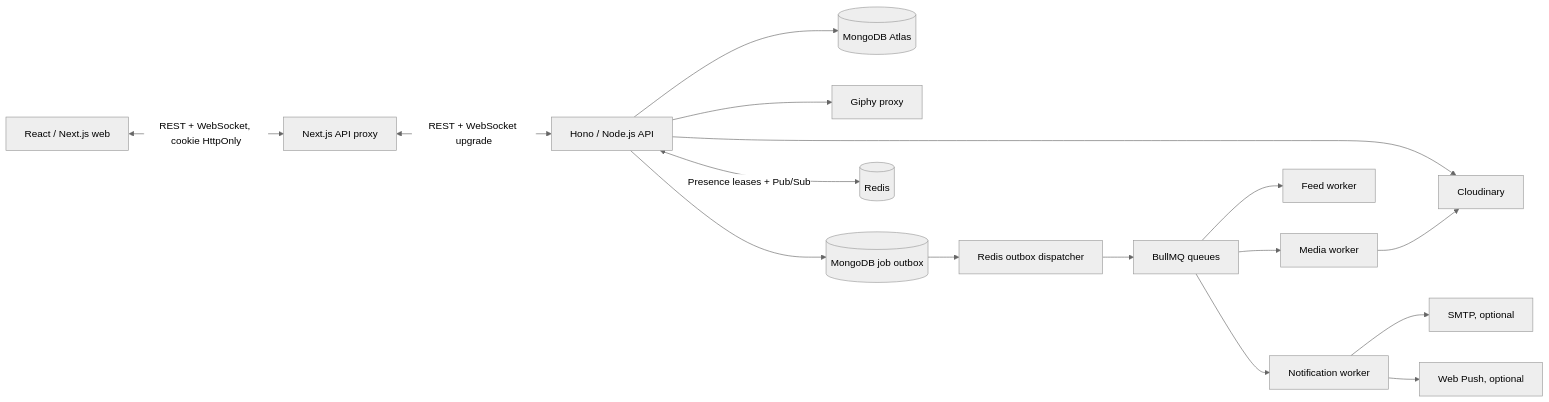
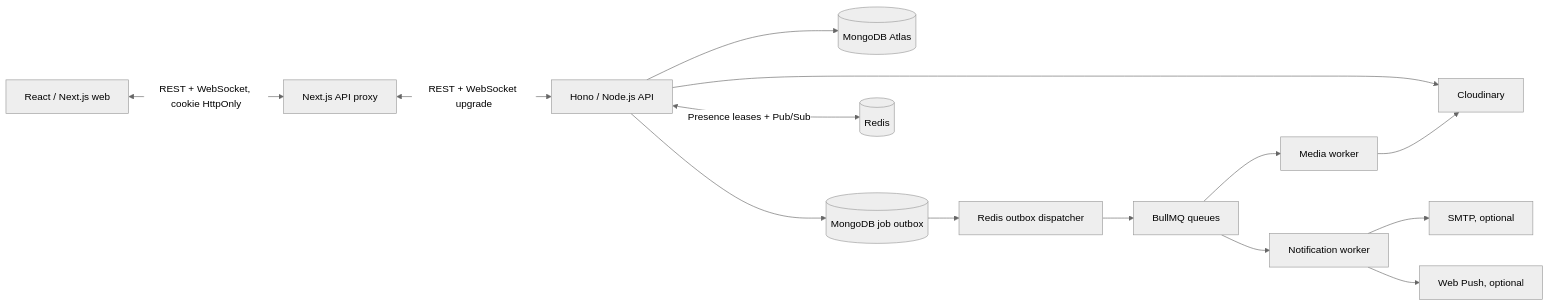
Before and after one commit to an204-ai/tellme: the diagram in ARCHITECTURE.md, drawn with Mermaid (neutral theme). The commit also changed other lines of this file and 237 other files, not shown here.

````diff
--- a/ARCHITECTURE.md
+++ b/ARCHITECTURE.md
@@ -5,18 +5,16 @@
 ```mermaid
 flowchart LR
     Browser[React / Next.js web] <-->|REST + WebSocket, cookie HttpOnly| Next[Next.js API proxy]
     Next <-->|REST + WebSocket upgrade| API[Hono / Node.js API]
     API --> Mongo[(MongoDB Atlas)]
     API --> Cloudinary[Cloudinary]
-    API --> Giphy[Giphy proxy]
     API --> Outbox[(MongoDB job outbox)]
     Outbox --> Dispatcher[Redis outbox dispatcher]
     Dispatcher --> Queue[BullMQ queues]
     Queue --> Media[Media worker]
-    Queue --> Feed[Feed worker]
     Queue --> Notifications[Notification worker]
     API <-->|Presence leases + Pub/Sub| Redis[(Redis)]
     Media --> Cloudinary
     Notifications --> Email[SMTP, optional]
     Notifications --> Push[Web Push, optional]
 ```
````
